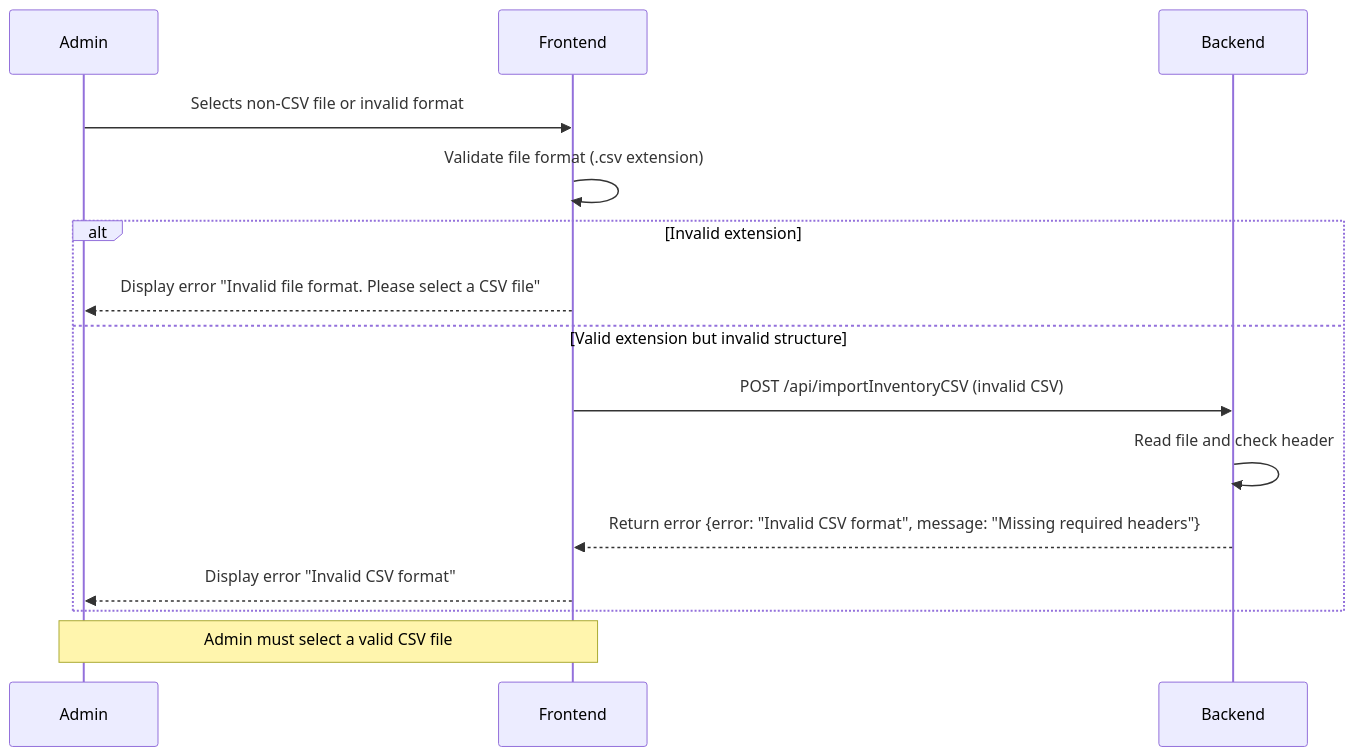
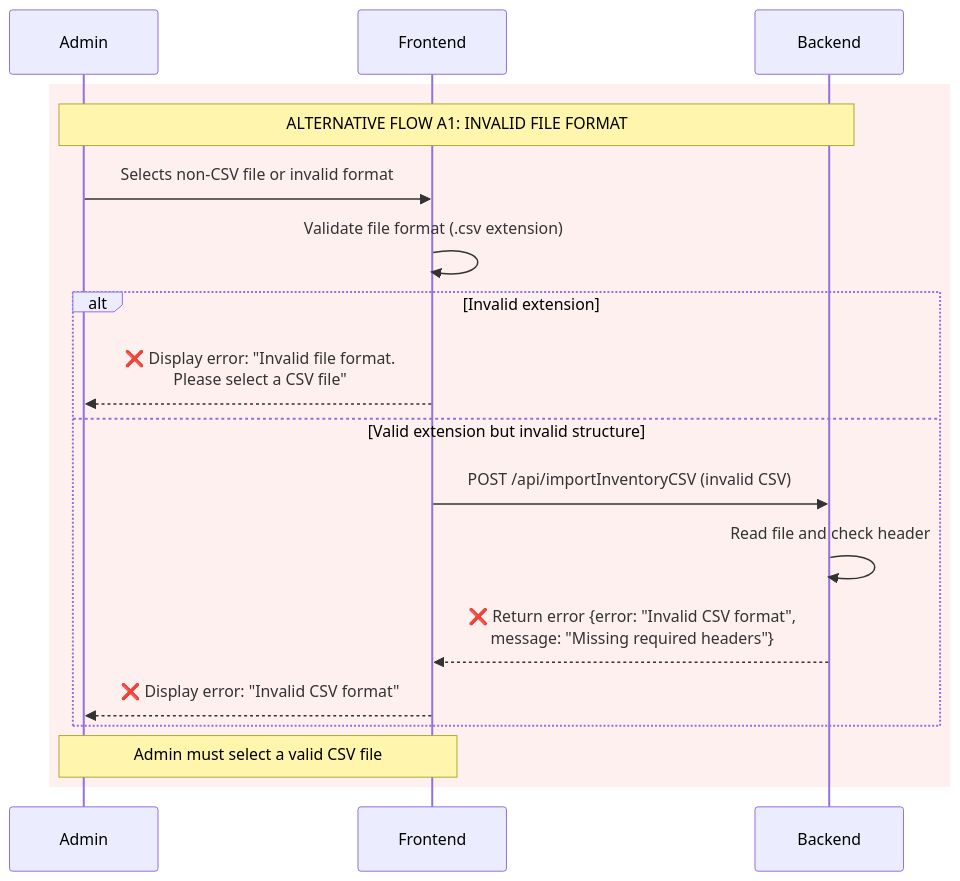
One commit to phuongloannn/bicycle-web-FE changed the second of 9 diagrams in UML_Sequence_Diagram_Inventory_CSV.md. Above: the diagram before and after it, drawn with Mermaid. The commit also changed other lines of this file, not shown here.

````diff
--- a/UML_Sequence_Diagram_Inventory_CSV.md
+++ b/UML_Sequence_Diagram_Inventory_CSV.md
@@ -65,20 +71,24 @@
 ```mermaid
 sequenceDiagram
-    participant Admin
-    participant Frontend
-    participant Backend
+    participant Admin as Admin
+    participant Frontend as Frontend
+    participant Backend as Backend
 
-    Admin->>Frontend: Selects non-CSV file or invalid format
-    Frontend->>Frontend: Validate file format (.csv extension)
-    
-    alt Invalid extension
-        Frontend-->>Admin: Display error "Invalid file format. Please select a CSV file"
-    else Valid extension but invalid structure
-        Frontend->>Backend: POST /api/importInventoryCSV (invalid CSV)
-        Backend->>Backend: Read file and check header
-        Backend-->>Frontend: Return error {error: "Invalid CSV format", message: "Missing required headers"}
-        Frontend-->>Admin: Display error "Invalid CSV format"
+    rect rgb(255, 240, 240)
+        Note over Admin,Backend: ALTERNATIVE FLOW A1: INVALID FILE FORMAT
+        
+        Admin->>Frontend: Selects non-CSV file or invalid format
+        Frontend->>Frontend: Validate file format (.csv extension)
+        
+        alt Invalid extension
+            Frontend-->>Admin: ❌ Display error: "Invalid file format.<br/>Please select a CSV file"
+        else Valid extension but invalid structure
+            Frontend->>Backend: POST /api/importInventoryCSV (invalid CSV)
+            Backend->>Backend: Read file and check header
+            Backend-->>Frontend: ❌ Return error {error: "Invalid CSV format",<br/>message: "Missing required headers"}
+            Frontend-->>Admin: ❌ Display error: "Invalid CSV format"
+        end
+        
+        Note over Admin,Frontend: Admin must select a valid CSV file
     end
-    
-    Note over Admin,Frontend: Admin must select a valid CSV file
 ```
````
